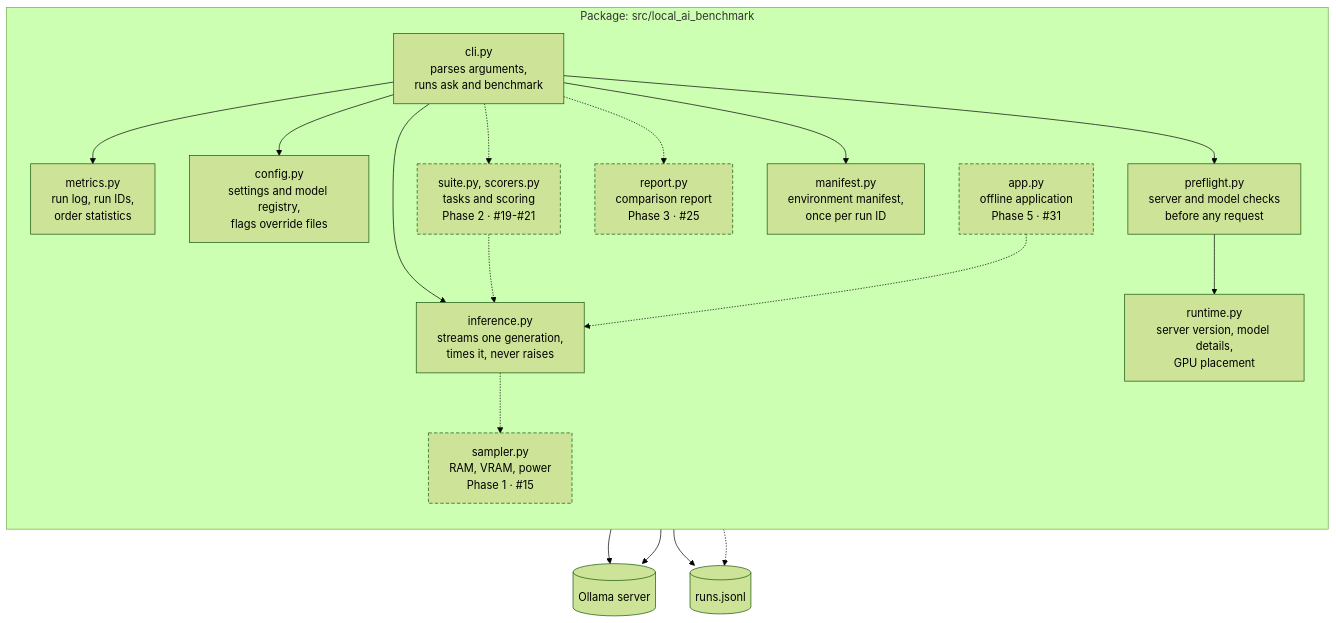
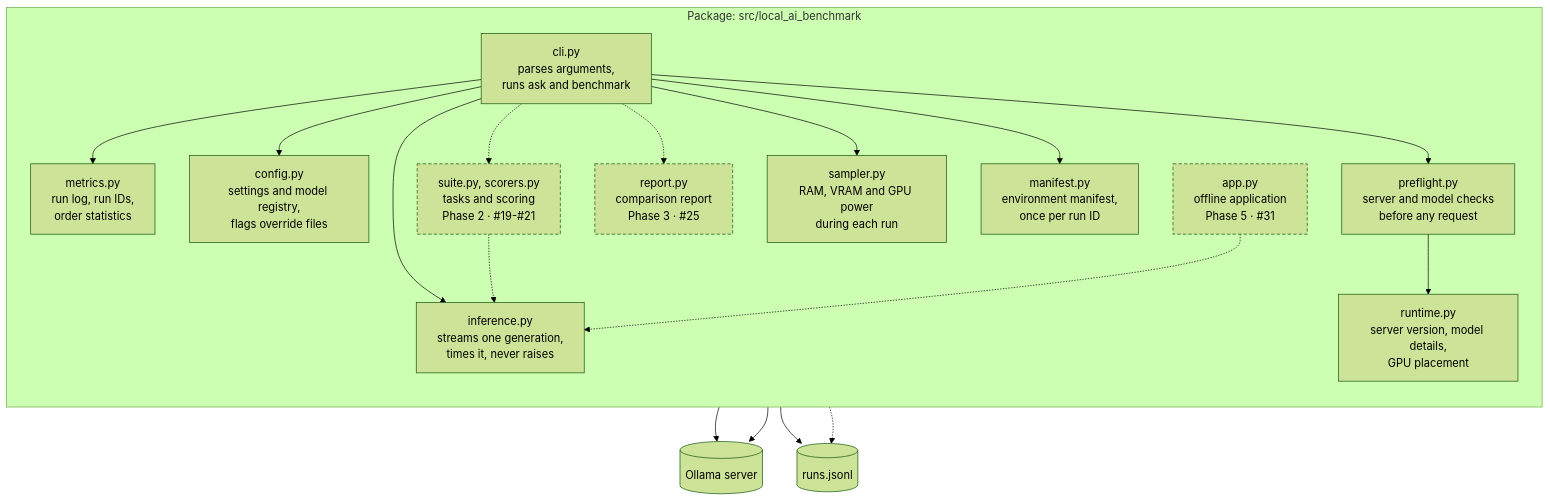
One commit to saicharan-nidiganti/local-ai-benchmark changed the second of 3 diagrams in docs/architecture.md. Above: the diagram before and after it, drawn with Mermaid (forest theme). The commit also changed other lines of this file and 9 other files, not shown here.

First line of the commit message:
feat: sample RAM, VRAM, GPU offload and power draw during runs (#46)

````diff
--- a/docs/architecture.md
+++ b/docs/architecture.md
@@ -51,35 +51,35 @@
 ```mermaid
 flowchart TB
     subgraph pkg["Package: src/local_ai_benchmark"]
         direction TB
         cli["cli.py<br/>parses arguments,<br/>runs ask and benchmark"]
         inference["inference.py<br/>streams one generation,<br/>times it, never raises"]
         metrics["metrics.py<br/>run log, run IDs,<br/>order statistics"]
         config["config.py<br/>settings and model registry,<br/>flags override files"]
         preflight["preflight.py<br/>server and model checks<br/>before any request"]
         runtimeq["runtime.py<br/>server version, model details,<br/>GPU placement"]
         manifest["manifest.py<br/>environment manifest,<br/>once per run ID"]
-        sampler["sampler.py<br/>RAM, VRAM, power<br/>Phase 1 · #15"]:::planned
+        sampler["sampler.py<br/>RAM, VRAM and GPU power<br/>during each run"]
         suite["suite.py, scorers.py<br/>tasks and scoring<br/>Phase 2 · #19-#21"]:::planned
         report["report.py<br/>comparison report<br/>Phase 3 · #25"]:::planned
         app["app.py<br/>offline application<br/>Phase 5 · #31"]:::planned
     end
     ollama[("Ollama server")]
     log[("runs.jsonl")]
     cli --> inference
     cli --> metrics
     inference --> ollama
     metrics --> log
     cli --> config
     cli --> preflight
     preflight --> runtimeq
     runtimeq --> ollama
     cli -.-> suite
     cli -.-> report
-    inference -.-> sampler
+    cli --> sampler
     cli --> manifest
     suite -.-> inference
     report -.-> log
     app -.-> inference
     classDef planned stroke-dasharray: 5 3
 ```
````
